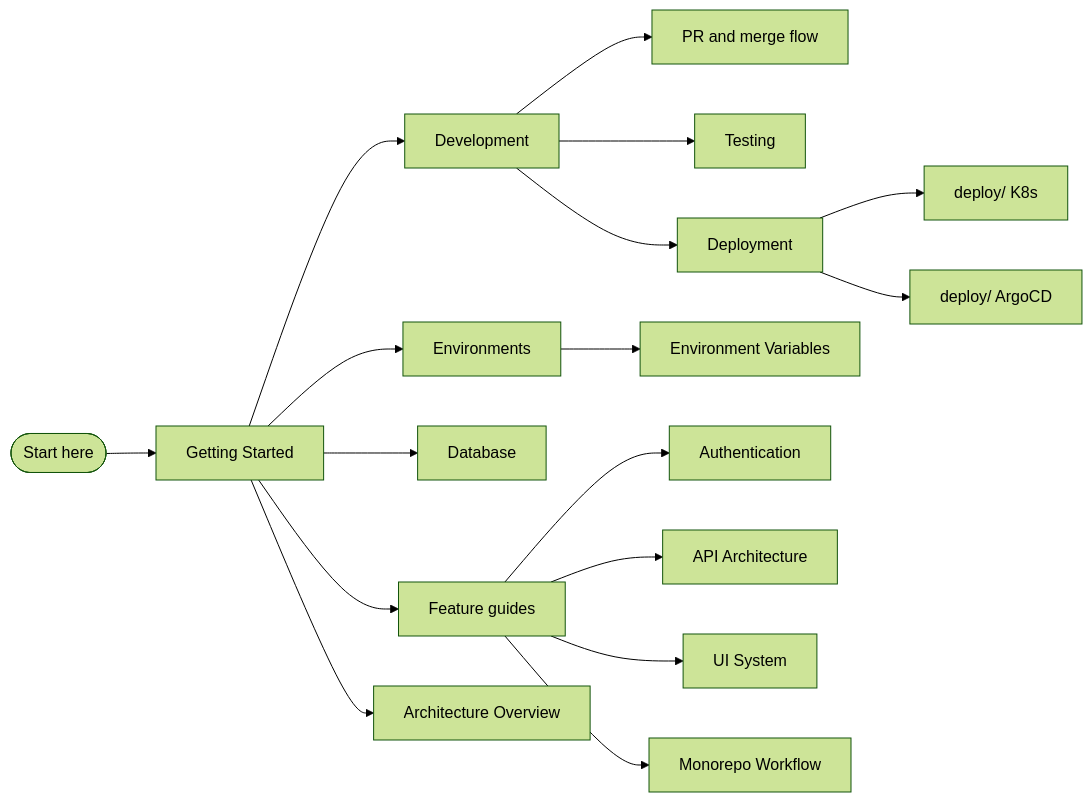
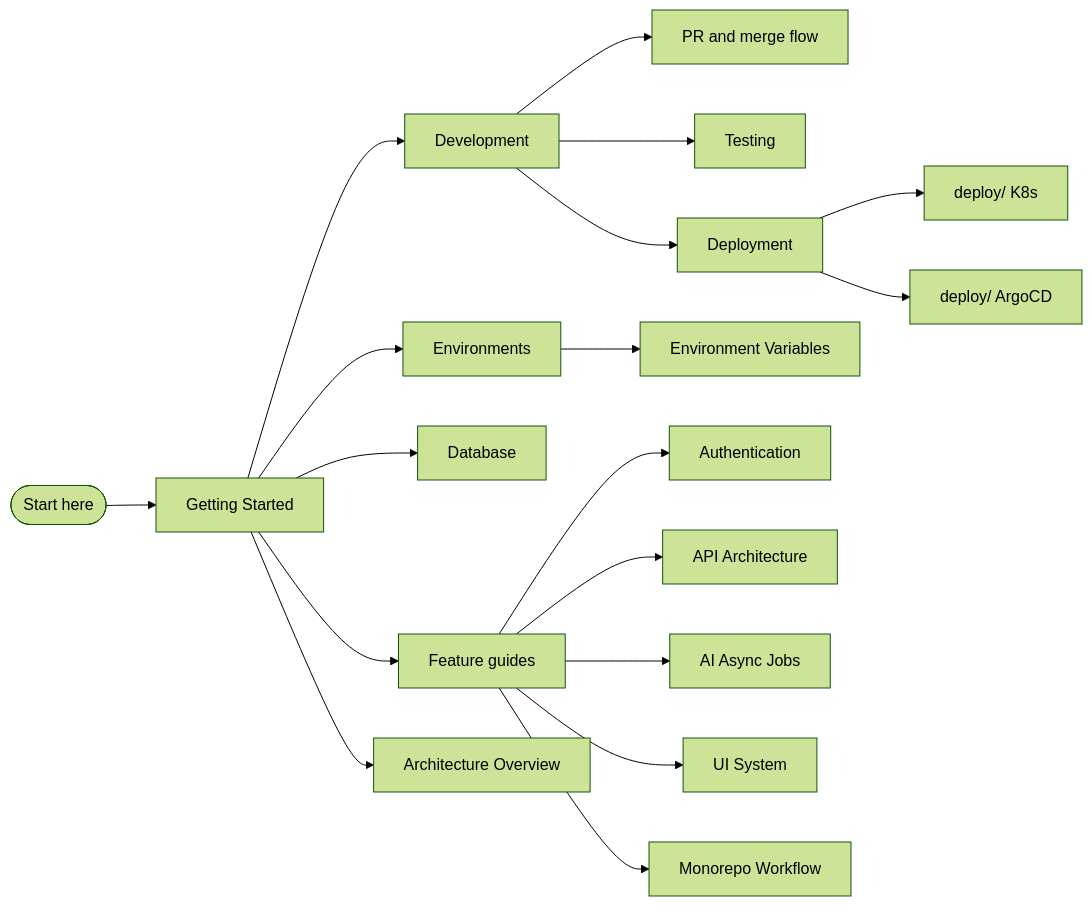
The diagram in doc/README.md (Khalil-Bchir/full-stack-saas-boilerplate), drawn with Mermaid (forest theme) before and after one commit. The commit also changed other lines of this file and 91 other files, not shown here.

First line of the commit message:
feat: add async AI jobs with Redis, Flask worker, and labs

````diff
--- a/doc/README.md
+++ b/doc/README.md
@@ -10,24 +10,25 @@
 ```mermaid
 flowchart LR
     Start([Start here]) --> GS[Getting Started]
     GS --> Dev[Development]
     GS --> Env[Environments]
     GS --> DB[Database]
 
     Dev --> PR[PR and merge flow]
     Dev --> Test[Testing]
     Dev --> Deploy[Deployment]
 
     Env --> EnvVars[Environment Variables]
 
     Deploy --> Infra[deploy/ K8s]
     Deploy --> Argo[deploy/ ArgoCD]
 
     GS --> Features[Feature guides]
     Features --> Auth[Authentication]
     Features --> API[API Architecture]
+    Features --> AI[AI Async Jobs]
     Features --> UI[UI System]
     Features --> Mono[Monorepo Workflow]
 
     GS --> Arch[Architecture Overview]
 ```
````
